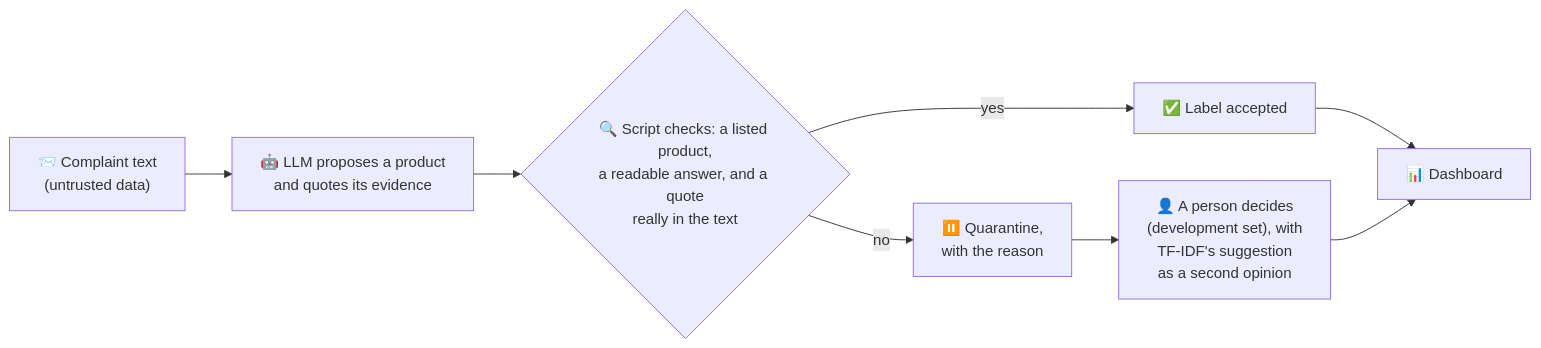
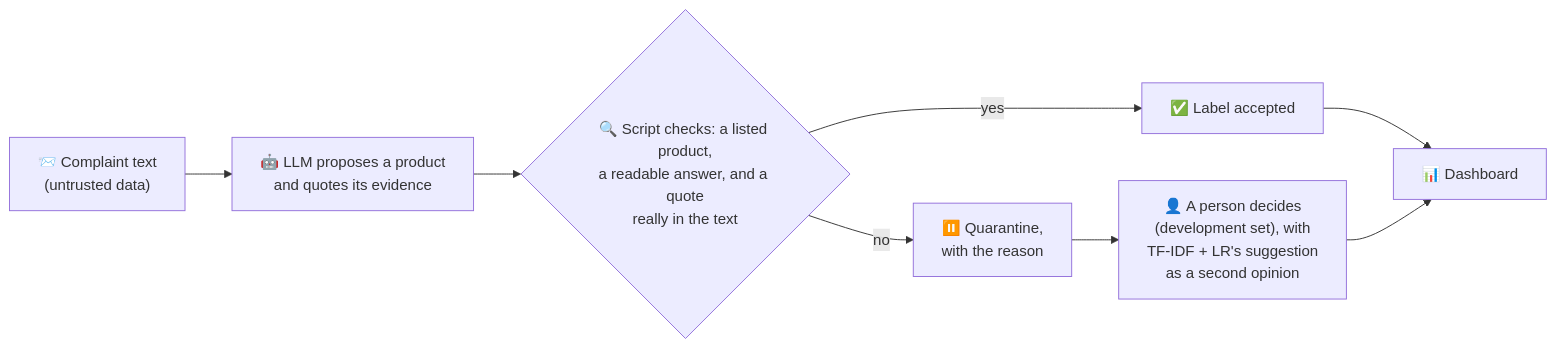
Before and after one commit to MannyAdc/voc-demo: the first of 2 diagrams in README.md, drawn with Mermaid. The commit also changed other lines of this file and 12 other files, not shown here.

````diff
--- a/README.md
+++ b/README.md
@@ -24,10 +24,10 @@
 ```mermaid
 flowchart LR
     A["📨 Complaint text<br/>(untrusted data)"] --> B["🤖 LLM proposes a product<br/>and quotes its evidence"]
     B --> C{"🔍 Script checks: a listed product,<br/>a readable answer, and a quote<br/>really in the text"}
     C -- yes --> D["✅ Label accepted"]
     C -- no --> E["⏸️ Quarantine,<br/>with the reason"]
-    E --> F["👤 A person decides<br/>(development set), with<br/>TF-IDF's suggestion<br/>as a second opinion"]
+    E --> F["👤 A person decides<br/>(development set), with<br/>TF-IDF + LR's suggestion<br/>as a second opinion"]
     D --> G["📊 Dashboard"]
     F --> G
 ```
````
